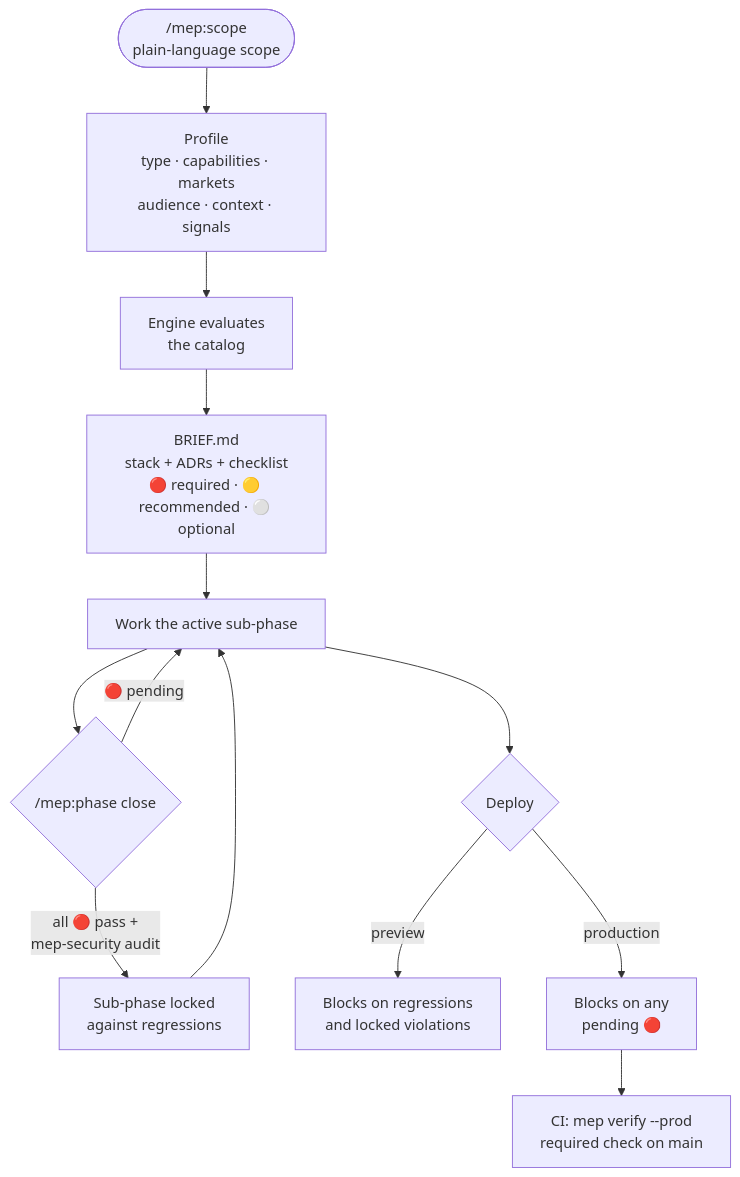
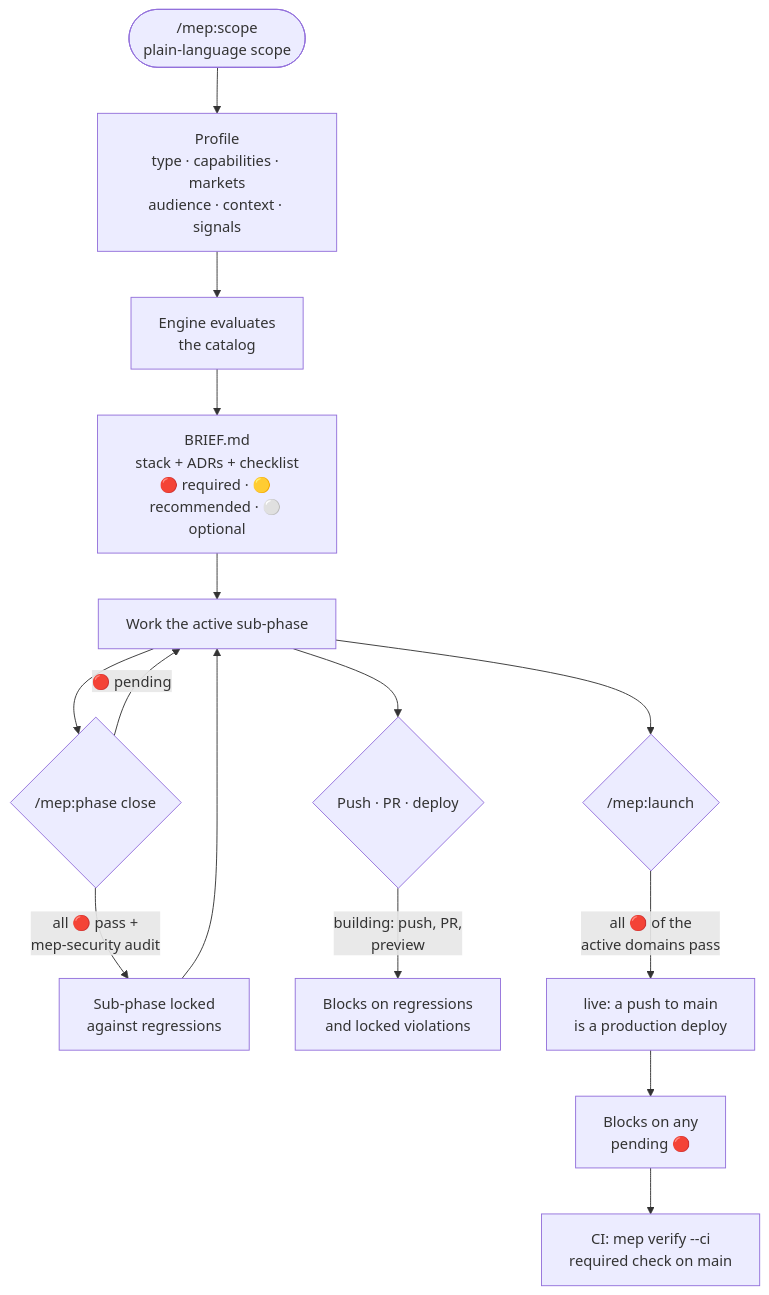
One commit to engelbertgm/Mise-en-place changed the diagram in README.md. Above: the diagram before and after it, drawn with Mermaid. The commit also changed other lines of this file and 7 other files, not shown here.

First line of the commit message:
docs and versions: domains, stage, launch, defer; 0.4.0, catalog 2026.11.2

````diff
--- a/README.md
+++ b/README.md
@@ -26,15 +26,17 @@
 ```mermaid
 flowchart TD
     U(["/mep:scope<br/>plain-language scope"]) --> P["Profile<br/>type · capabilities · markets<br/>audience · context · signals"]
     P --> E["Engine evaluates<br/>the catalog"]
     E --> B["BRIEF.md<br/>stack + ADRs + checklist<br/>🔴 required · 🟡 recommended · ⚪ optional"]
     B --> W["Work the active sub-phase"]
     W --> C{"/mep:phase close"}
     C -->|"🔴 pending"| W
     C -->|"all 🔴 pass +<br/>mep-security audit"| L["Sub-phase locked<br/>against regressions"]
     L --> W
-    W --> D{"Deploy"}
-    D -->|"preview"| G1["Blocks on regressions<br/>and locked violations"]
-    D -->|"production"| G2["Blocks on any<br/>pending 🔴"]
-    G2 --> CI["CI: mep verify --prod<br/>required check on main"]
+    W --> D{"Push · PR · deploy"}
+    D -->|"building: push, PR,<br/>preview"| G1["Blocks on regressions<br/>and locked violations"]
+    W --> LA{"/mep:launch"}
+    LA -->|"all 🔴 of the<br/>active domains pass"| LIVE["live: a push to main<br/>is a production deploy"]
+    LIVE --> G2["Blocks on any<br/>pending 🔴"]
+    G2 --> CI["CI: mep verify --ci<br/>required check on main"]
 ```
````
